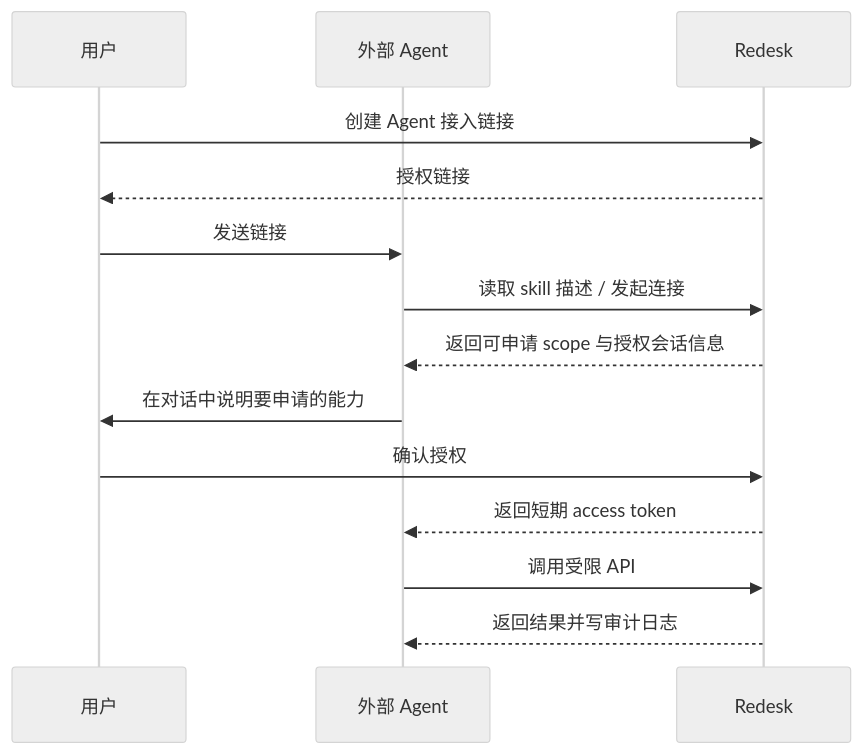
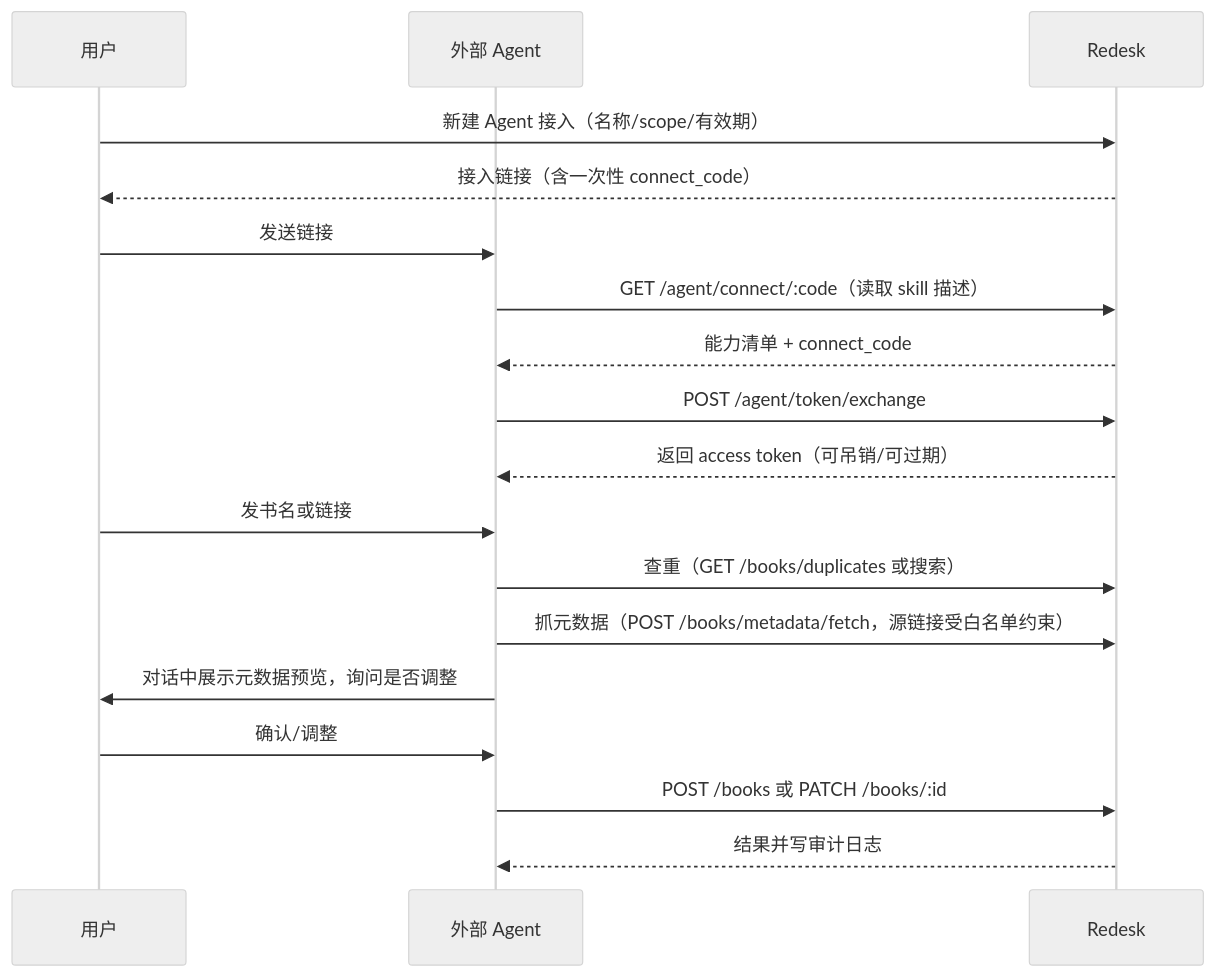
Before and after one commit to maxxie6418/Redesk: the diagram in doc/说明/外部Agent-Skill授权设计说明.md, drawn with Mermaid (neutral theme). The commit also changed other lines of this file and 3 other files, not shown here.

````diff
--- a/doc/说明/外部Agent-Skill授权设计说明.md
+++ b/doc/说明/外部Agent-Skill授权设计说明.md
@@ -217,17 +44,21 @@
 ```mermaid
 sequenceDiagram
     participant U as 用户
     participant A as 外部 Agent
     participant R as Redesk
 
-    U->>R: 创建 Agent 接入链接
-    R-->>U: 授权链接
+    U->>R: 新建 Agent 接入（名称/scope/有效期）
+    R-->>U: 接入链接（含一次性 connect_code）
     U->>A: 发送链接
-    A->>R: 读取 skill 描述 / 发起连接
-    R-->>A: 返回可申请 scope 与授权会话信息
-    A->>U: 在对话中说明要申请的能力
-    U->>R: 确认授权
-    R-->>A: 返回短期 access token
-    A->>R: 调用受限 API
-    R-->>A: 返回结果并写审计日志
+    A->>R: GET /agent/connect/:code（读取 skill 描述）
+    R-->>A: 能力清单 + connect_code
+    A->>R: POST /agent/token/exchange
+    R-->>A: 返回 access token（可吊销/可过期）
+    U->>A: 发书名或链接
+    A->>R: 查重（GET /books/duplicates 或搜索）
+    A->>R: 抓元数据（POST /books/metadata/fetch，源链接受白名单约束）
+    A->>U: 对话中展示元数据预览，询问是否调整
+    U->>A: 确认/调整
+    A->>R: POST /books 或 PATCH /books/:id
+    R-->>A: 结果并写审计日志
 ```
````
